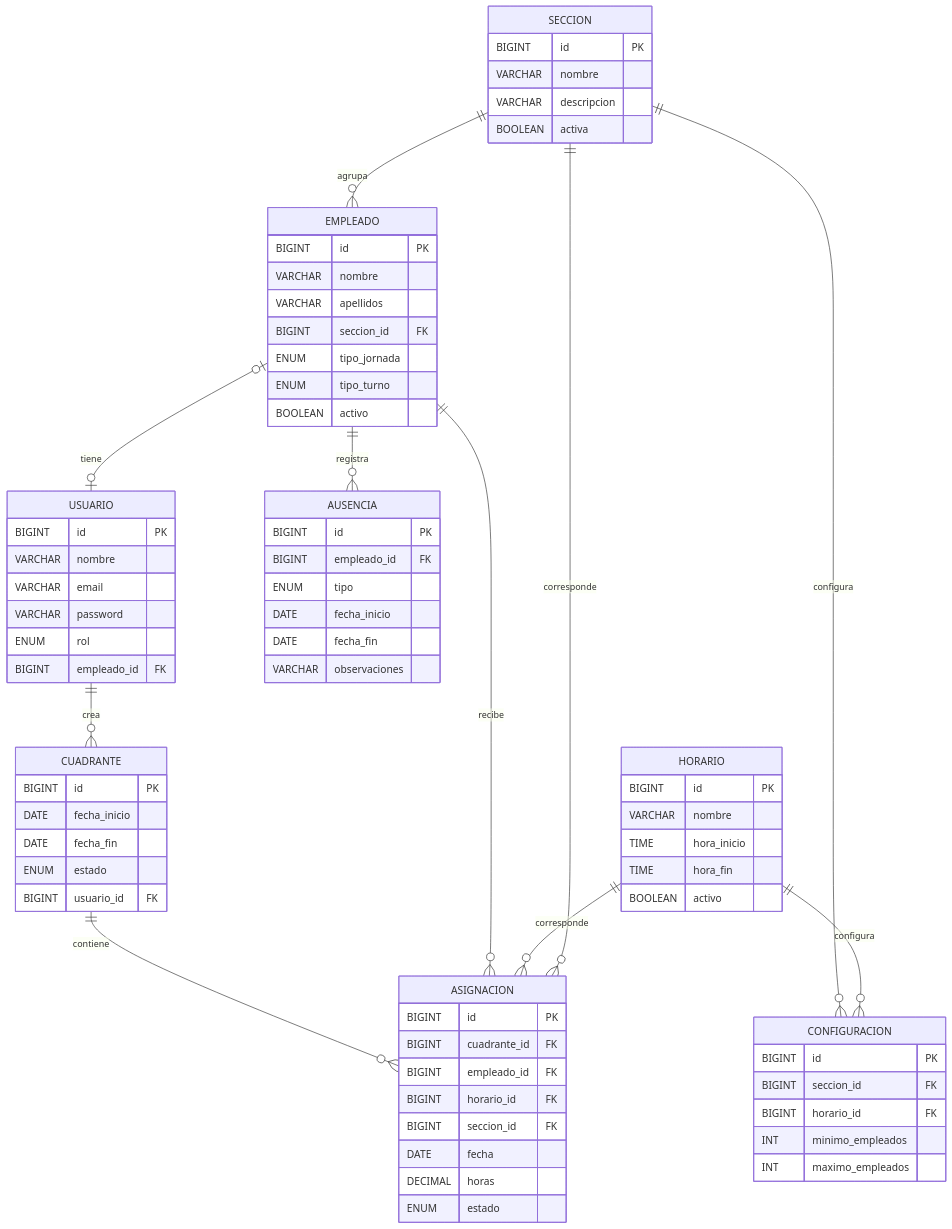
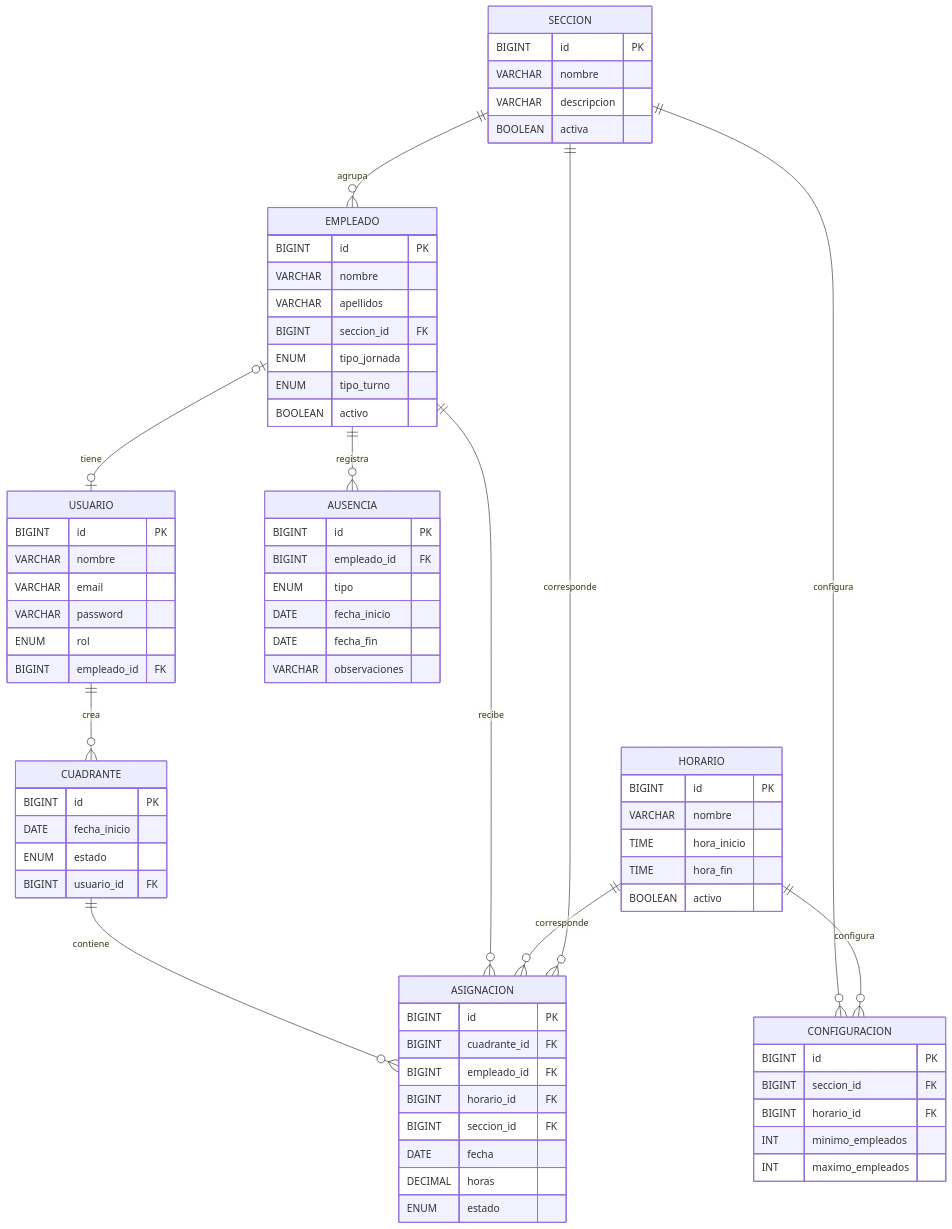
Before and after one commit to Eva1394/daw-proyecto-gestionaturnos: the diagram in docs/der.md, drawn with Mermaid.

Commit message:
docs: eliminar fecha_fin del DER

```diff
--- a/docs/der.md
+++ b/docs/der.md
@@ -59,7 +59,6 @@
     CUADRANTE {
         BIGINT id PK
         DATE fecha_inicio
-        DATE fecha_fin
         ENUM estado
         BIGINT usuario_id FK
     }
```
